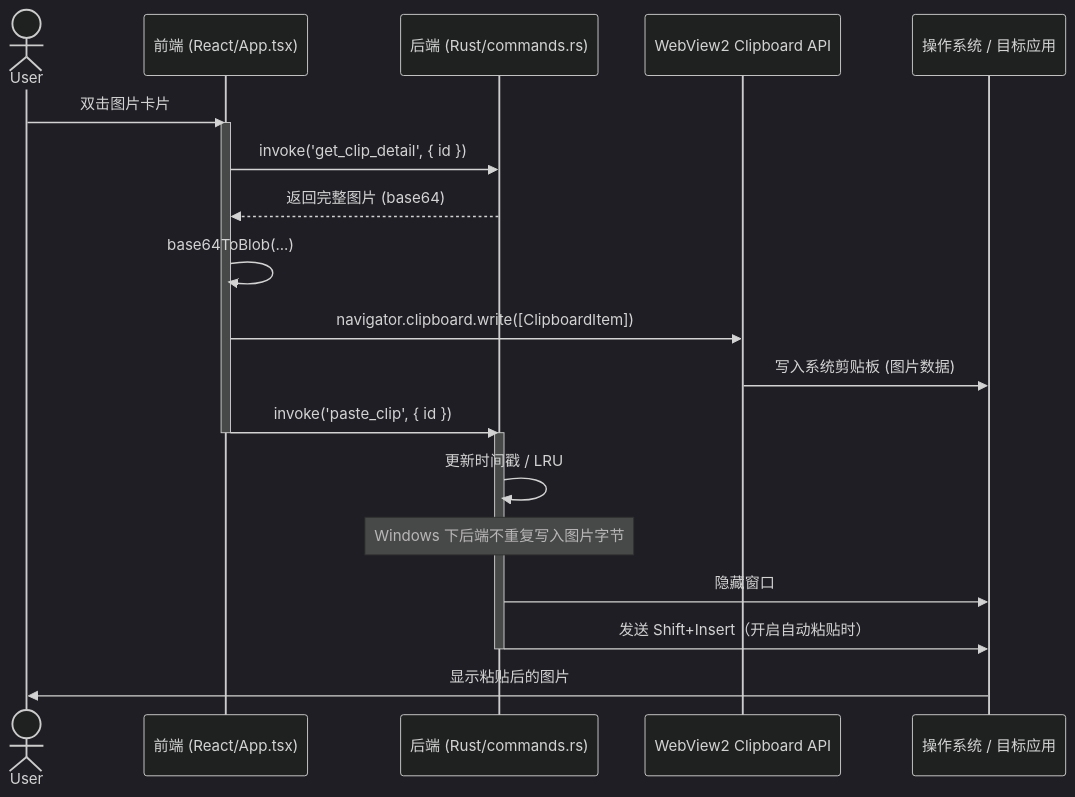
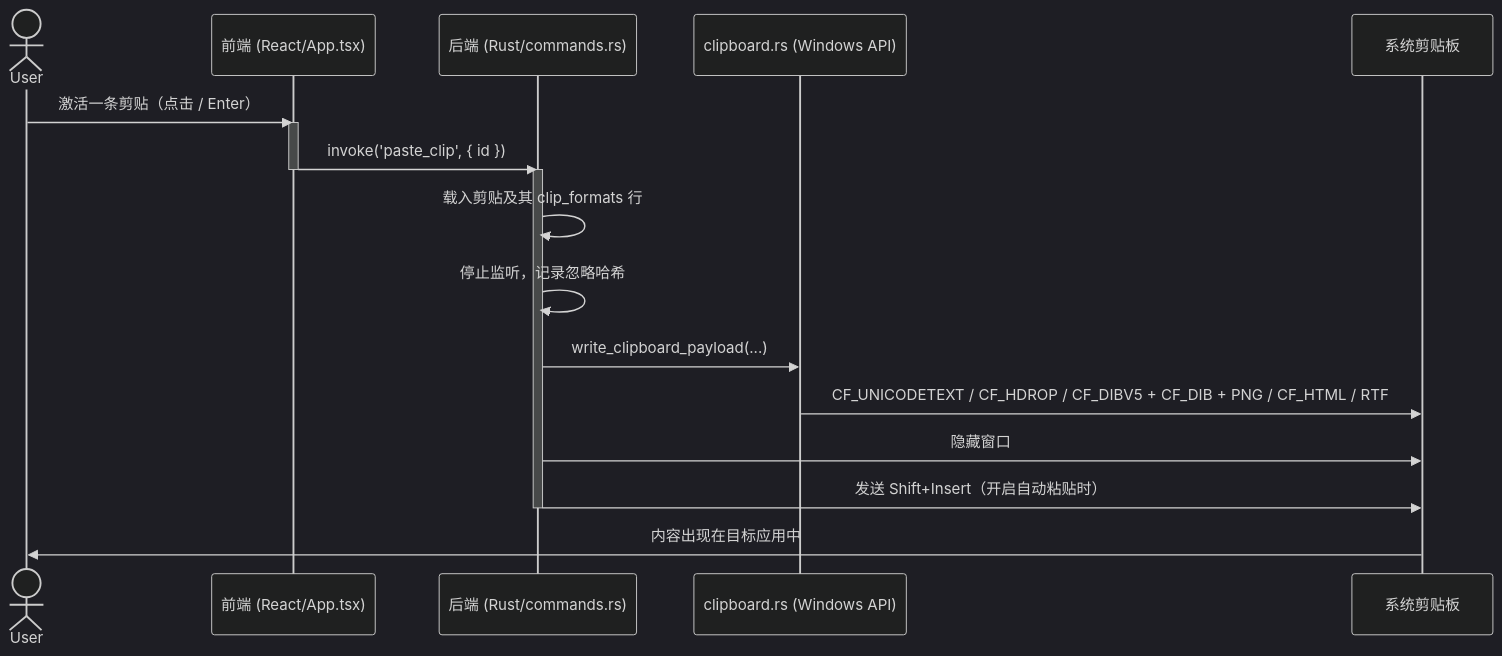
One commit to cmacckk/PastePaw changed the diagram in README_CN.md. Above: the diagram before and after it, drawn with Mermaid (dark theme). The commit also changed other lines of this file and 7 other files, not shown here.

````diff
--- a/README_CN.md
+++ b/README_CN.md
@@ -247,27 +379,24 @@
 ```mermaid
 sequenceDiagram
     actor User
     participant FE as 前端 (React/App.tsx)
     participant BE as 后端 (Rust/commands.rs)
-    participant BROWSER as WebView2 Clipboard API
-    participant OS as 操作系统 / 目标应用
+    participant WB as clipboard.rs (Windows API)
+    participant OS as 系统剪贴板
 
-    User->>FE: 双击图片卡片
+    User->>FE: 激活一条剪贴（点击 / Enter）
     activate FE
-    FE->>BE: invoke('get_clip_detail', { id })
-    BE-->>FE: 返回完整图片 (base64)
-    FE->>FE: base64ToBlob(...)
-    FE->>BROWSER: navigator.clipboard.write([ClipboardItem])
-    BROWSER->>OS: 写入系统剪贴板 (图片数据)
     FE->>BE: invoke('paste_clip', { id })
     deactivate FE
 
     activate BE
-    BE->>BE: 更新时间戳 / LRU
-    Note over BE: Windows 下后端不重复写入图片字节
+    BE->>BE: 载入剪贴及其 clip_formats 行
+    BE->>BE: 停止监听，记录忽略哈希
+    BE->>WB: write_clipboard_payload(...)
+    WB->>OS: CF_UNICODETEXT / CF_HDROP / CF_DIBV5 + CF_DIB + PNG / CF_HTML / RTF
     BE->>OS: 隐藏窗口
     BE->>OS: 发送 Shift+Insert（开启自动粘贴时）
     deactivate BE
 
-    OS->>User: 显示粘贴后的图片
+    OS->>User: 内容出现在目标应用中
 ```
````
